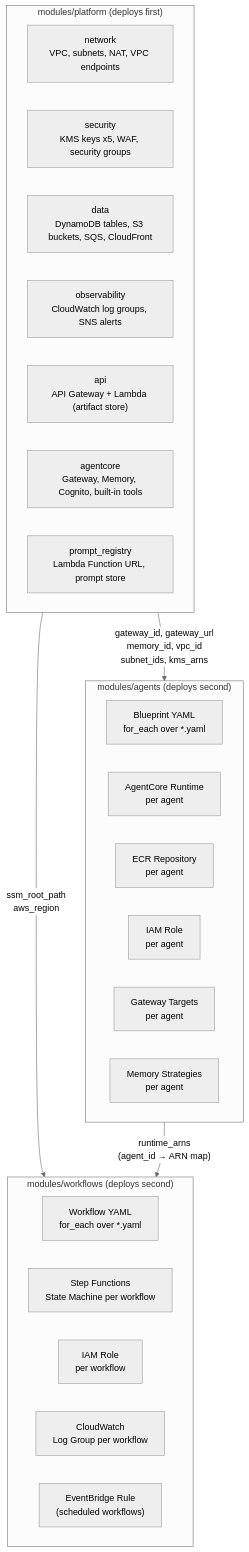
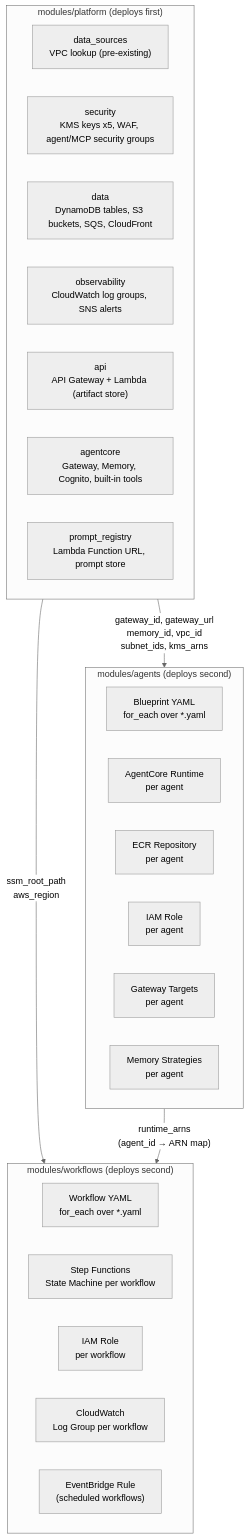
The diagram in docs/infrastructure.md (the-cloud-clockwork/tcc-aws-agent-platform), drawn with Mermaid (neutral theme) before and after one commit. The commit also changed 4 other files, not shown here.

````diff
--- a/docs/infrastructure.md
+++ b/docs/infrastructure.md
@@ -25,33 +25,33 @@
 ```mermaid
 flowchart TB
     subgraph Platform["modules/platform (deploys first)"]
-        NET["network\nVPC, subnets, NAT, VPC endpoints"]
-        SEC["security\nKMS keys x5, WAF, security groups"]
+        DS["data_sources\nVPC lookup (pre-existing)"]
+        SEC["security\nKMS keys x5, WAF, agent/MCP security groups"]
         DATA["data\nDynamoDB tables, S3 buckets, SQS, CloudFront"]
         OBS["observability\nCloudWatch log groups, SNS alerts"]
         API["api\nAPI Gateway + Lambda (artifact store)"]
         AC["agentcore\nGateway, Memory, Cognito, built-in tools"]
         PR["prompt_registry\nLambda Function URL, prompt store"]
     end
 
     subgraph Agents["modules/agents (deploys second)"]
         BP["Blueprint YAML\nfor_each over *.yaml"]
         RT["AgentCore Runtime\nper agent"]
         ECR["ECR Repository\nper agent"]
         IAM_A["IAM Role\nper agent"]
         GW["Gateway Targets\nper agent"]
         MEM["Memory Strategies\nper agent"]
     end
 
     subgraph Workflows["modules/workflows (deploys second)"]
         WBP["Workflow YAML\nfor_each over *.yaml"]
         SFN["Step Functions\nState Machine per workflow"]
         IAM_W["IAM Role\nper workflow"]
         CWL["CloudWatch\nLog Group per workflow"]
         EVT["EventBridge Rule\n(scheduled workflows)"]
     end
 
     Platform -->|"gateway_id, gateway_url\nmemory_id, vpc_id\nsubnet_ids, kms_arns"| Agents
     Platform -->|"ssm_root_path\naws_region"| Workflows
     Agents -->|"runtime_arns\n(agent_id → ARN map)"| Workflows
 ```
````
